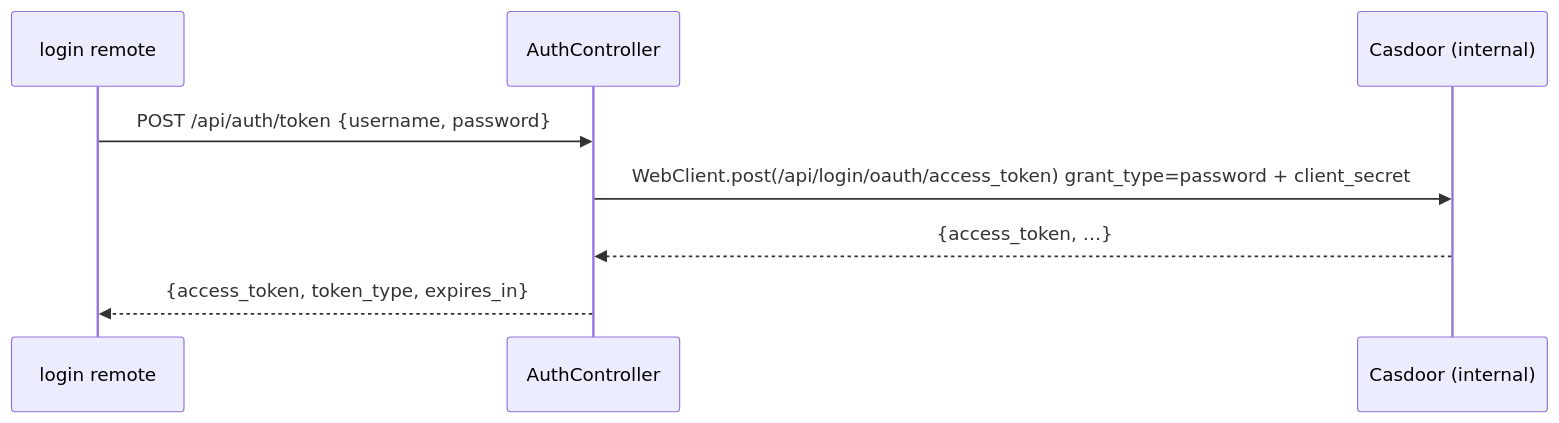
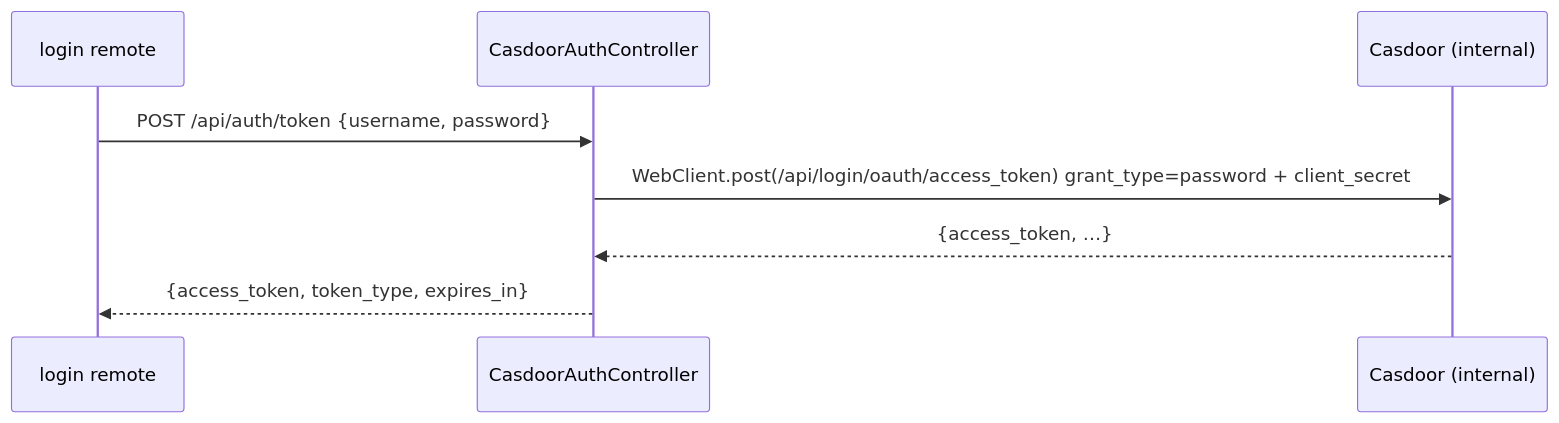
Before and after one commit to hugmesh/hugmesh-games: the second of 5 diagrams in docs/wiki/architecture/05-api-reference.md, drawn with Mermaid. The commit also changed other lines of this file and 6 other files, not shown here.

Commit message:
docs(snapdragon.games): reconcile READMEs + Mermaid diagrams with current & planned state

````diff
--- a/docs/wiki/architecture/05-api-reference.md
+++ b/docs/wiki/architecture/05-api-reference.md
@@ -32,10 +32,10 @@
 ```mermaid
 sequenceDiagram
     participant FE as login remote
-    participant API as AuthController
+    participant API as CasdoorAuthController
     participant CAS as Casdoor (internal)
     FE->>API: POST /api/auth/token {username, password}
     API->>CAS: WebClient.post(/api/login/oauth/access_token) grant_type=password + client_secret
     CAS-->>API: {access_token, …}
     API-->>FE: {access_token, token_type, expires_in}
 ```
````
